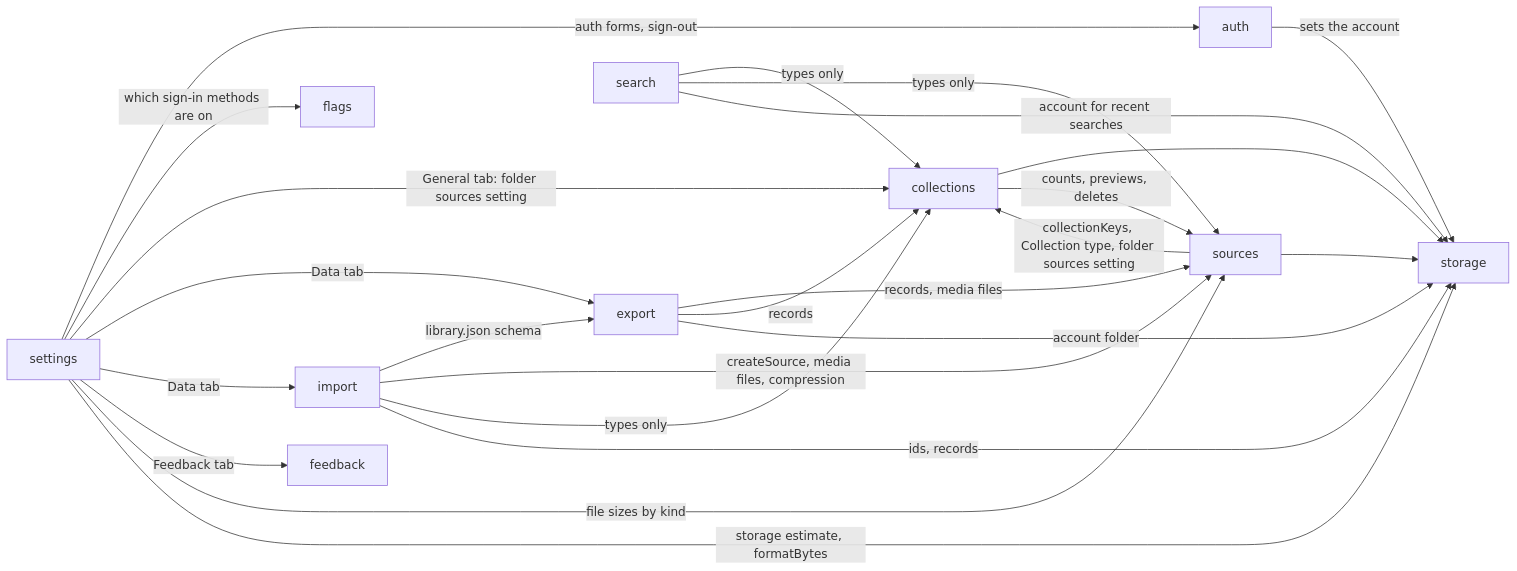
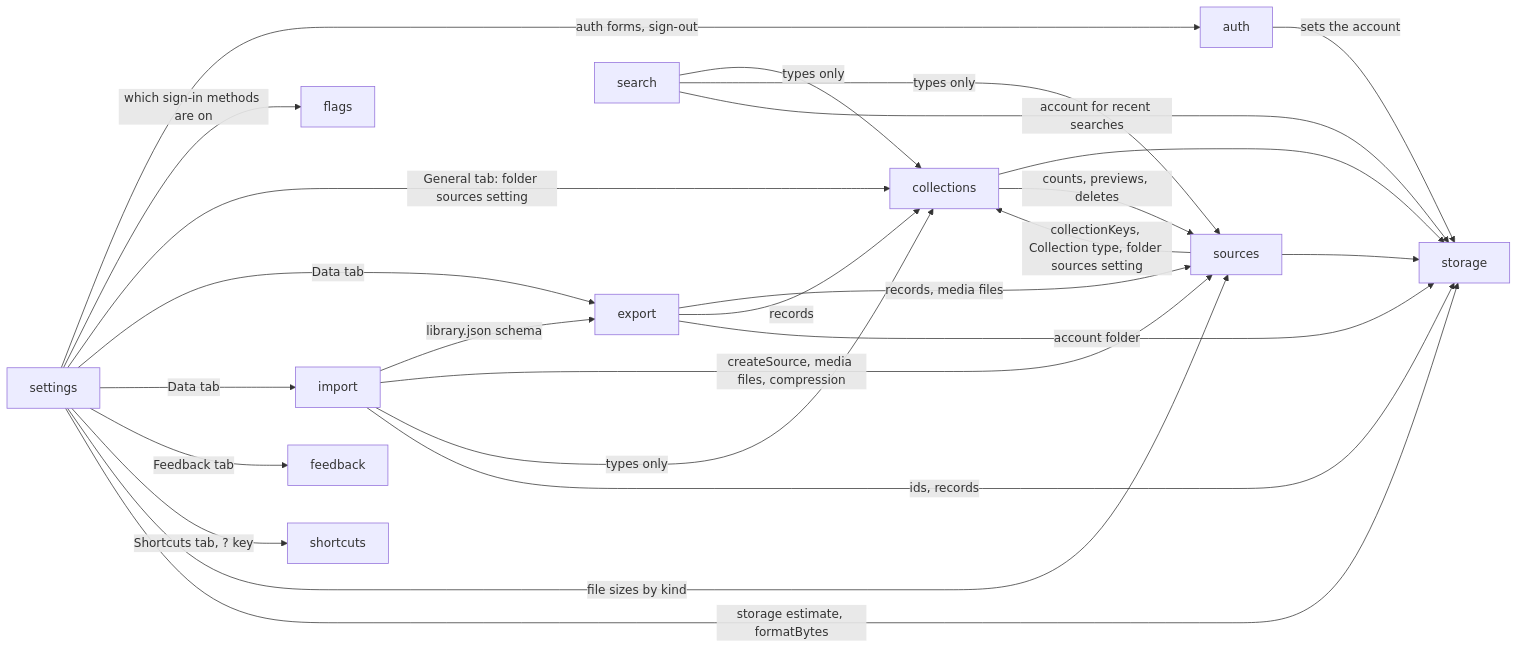
One commit to kun1225/mado changed the diagram in apps/web/ARCHITECTURE.md. Above: the diagram before and after it, drawn with Mermaid. The commit also changed other lines of this file and 22 other files, not shown here.

First line of the commit message:
feat: add keyboard shortcuts and a Shortcuts tab in settings

````diff
--- a/apps/web/ARCHITECTURE.md
+++ b/apps/web/ARCHITECTURE.md
@@ -25,26 +25,27 @@
 ```mermaid
 graph LR
   auth -->|sets the account| storage
   settings -->|auth forms, sign-out| auth
   settings -->|which sign-in methods are on| flags
   settings -->|General tab: folder sources setting| collections
   settings -->|Data tab| export
   settings -->|Data tab| import
   settings -->|Feedback tab| feedback
+  settings -->|Shortcuts tab, ? key| shortcuts
   settings -->|file sizes by kind| sources
   settings -->|storage estimate, formatBytes| storage
   export -->|records, media files| sources
   export -->|records| collections
   export -->|account folder| storage
   import -->|library.json schema| export
   import -->|createSource, media files, compression| sources
   import -->|types only| collections
   import -->|ids, records| storage
   sources --> storage
   collections --> storage
   sources -->|collectionKeys, Collection type, folder sources setting| collections
   collections -->|counts, previews, deletes| sources
   search -->|types only| collections
   search -->|types only| sources
   search -->|account for recent searches| storage
 ```
````
